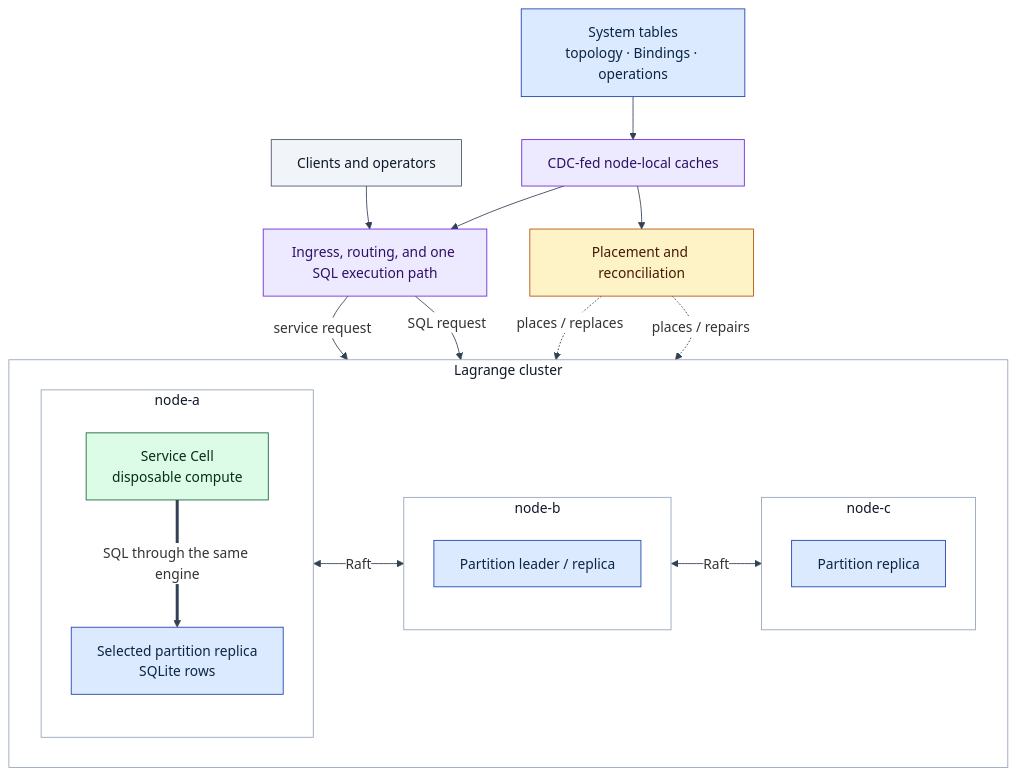
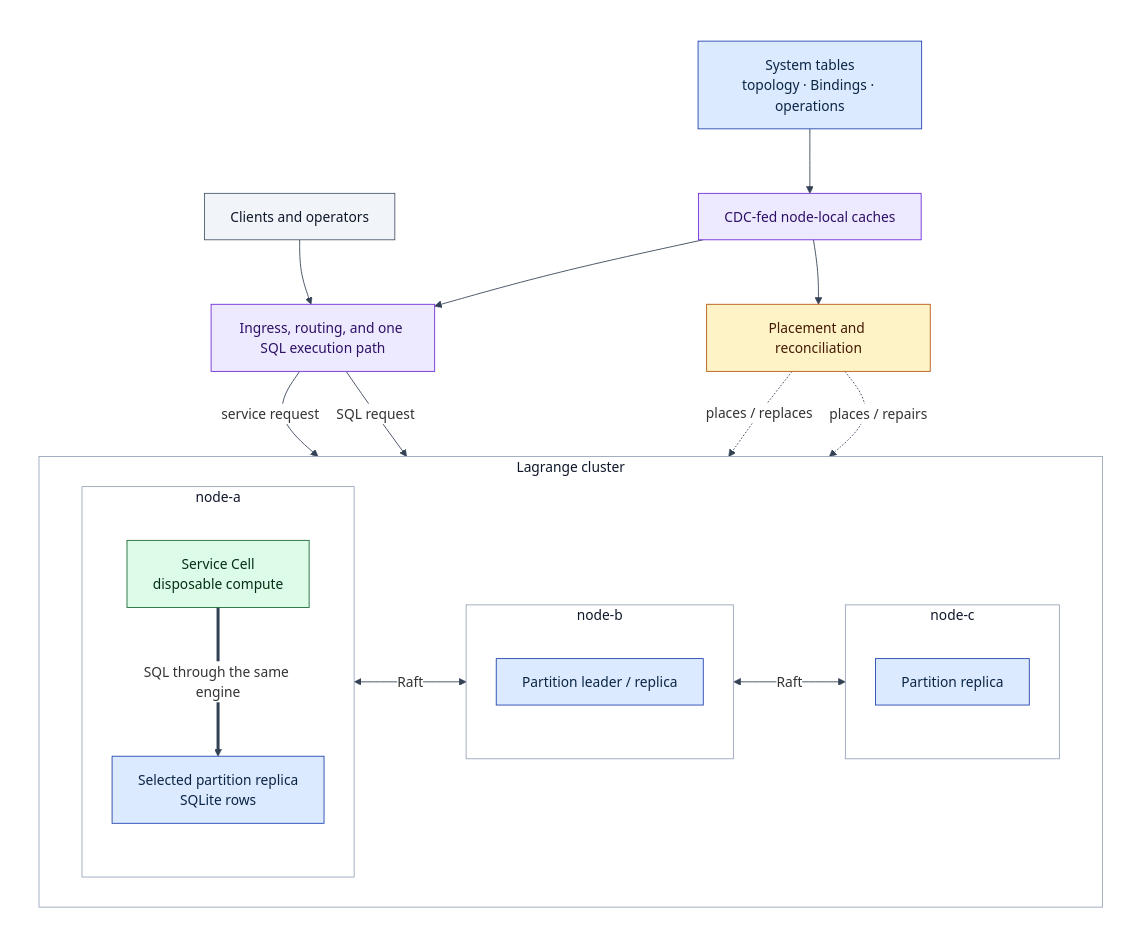
The first of 9 diagrams in architecture/system-model.md (psvensson/lagrange), drawn with Mermaid before and after one commit. The commit also changed other lines of this file and 3 other files, not shown here.

Commit message:
Draw explicit white Mermaid canvases

````diff
--- a/architecture/system-model.md
+++ b/architecture/system-model.md
@@ -23,47 +23,51 @@
 ```mermaid
-%%{init: {'theme':'base','darkMode':false,'themeCSS':'svg { background-color: #ffffff !important; }','themeVariables':{'background':'#ffffff','clusterBkg':'#ffffff','clusterBorder':'#94a3b8','edgeLabelBackground':'#ffffff','lineColor':'#334155','textColor':'#0f172a'}}}%%
+%%{init: {'theme':'base','darkMode':false,'themeVariables':{'background':'#ffffff','clusterBkg':'#ffffff','clusterBorder':'#94a3b8','edgeLabelBackground':'#ffffff','lineColor':'#334155','textColor':'#0f172a'}}}%%
 flowchart TB
-  CLIENT["Clients and operators"]:::ext --> INGRESS["Ingress, routing, and one SQL execution path"]:::move
+  subgraph CANVAS[" "]
+    direction TB
+    CLIENT["Clients and operators"]:::ext --> INGRESS["Ingress, routing, and one SQL execution path"]:::move
 
-  subgraph CLUSTER["Lagrange cluster"]
-    direction LR
+    subgraph CLUSTER["Lagrange cluster"]
+      direction LR
 
-    subgraph A["node-a"]
-      direction TB
-      CELL["Service Cell<br/>disposable compute"]:::svc
-      RA["Selected partition replica<br/>SQLite rows"]:::data
-      CELL ==>|"SQL through the same engine"| RA
+      subgraph A["node-a"]
+        direction TB
+        CELL["Service Cell<br/>disposable compute"]:::svc
+        RA["Selected partition replica<br/>SQLite rows"]:::data
+        CELL ==>|"SQL through the same engine"| RA
+      end
+
+      subgraph B["node-b"]
+        direction TB
+        RB["Partition leader / replica"]:::data
+      end
+
+      subgraph C["node-c"]
+        direction TB
+        RC["Partition replica"]:::data
+      end
     end
 
-    subgraph B["node-b"]
-      direction TB
-      RB["Partition leader / replica"]:::data
-    end
+    INGRESS -->|"service request"| CELL
+    INGRESS -->|"SQL request"| RA
+    RA <-->|"Raft"| RB
+    RB <-->|"Raft"| RC
 
-    subgraph C["node-c"]
-      direction TB
-      RC["Partition replica"]:::data
-    end
+    META["System tables<br/>topology · Bindings · operations"]:::data --> CDC["CDC-fed node-local caches"]:::move
+    CDC --> INGRESS
+    CDC --> PLACE["Placement and reconciliation"]:::ctrl
+    PLACE -. "places / replaces" .-> CELL
+    PLACE -. "places / repairs" .-> RA
   end
 
-  INGRESS -->|"service request"| CELL
-  INGRESS -->|"SQL request"| RA
-  RA <-->|"Raft"| RB
-  RB <-->|"Raft"| RC
-
-  META["System tables<br/>topology · Bindings · operations"]:::data --> CDC["CDC-fed node-local caches"]:::move
-  CDC --> INGRESS
-  CDC --> PLACE["Placement and reconciliation"]:::ctrl
-  PLACE -. "places / replaces" .-> CELL
-  PLACE -. "places / repairs" .-> RA
-
+  style CANVAS fill:#ffffff,stroke:#ffffff,color:#0f172a
   style CLUSTER fill:#ffffff,stroke:#94a3b8,color:#0f172a
   style A fill:#ffffff,stroke:#94a3b8,color:#0f172a
   style B fill:#ffffff,stroke:#94a3b8,color:#0f172a
   style C fill:#ffffff,stroke:#94a3b8,color:#0f172a
   classDef data fill:#dbeafe,stroke:#1e40af,color:#0b2545
   classDef svc fill:#dcfce7,stroke:#166534,color:#052e16
   classDef ctrl fill:#fef3c7,stroke:#b45309,color:#451a03
   classDef move fill:#ede9fe,stroke:#6d28d9,color:#2e1065
   classDef ext fill:#f1f5f9,stroke:#475569,color:#0f172a
 ```
````
